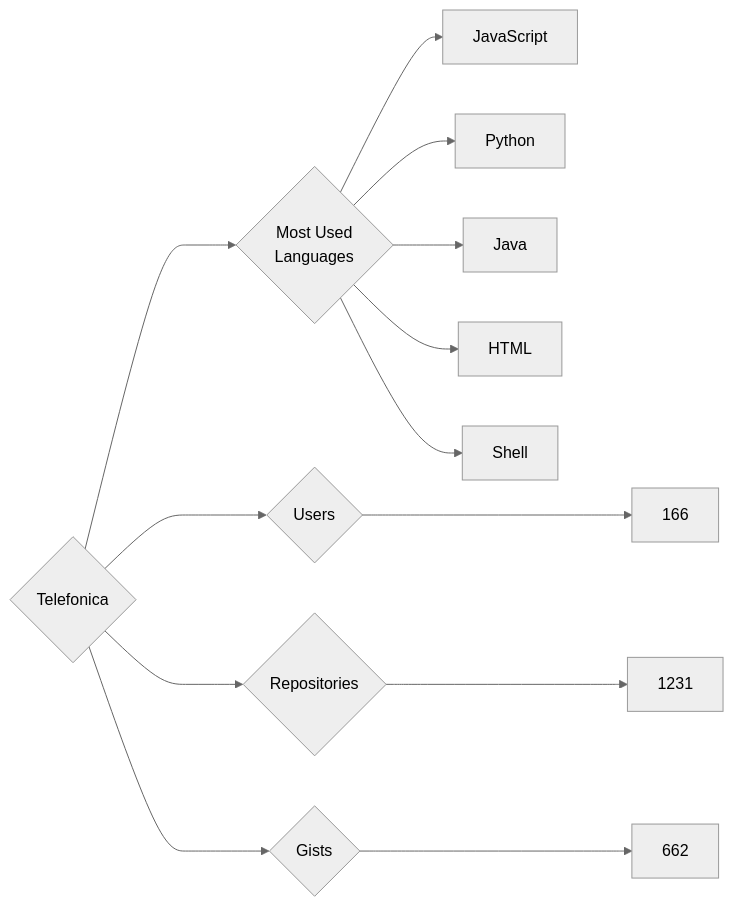
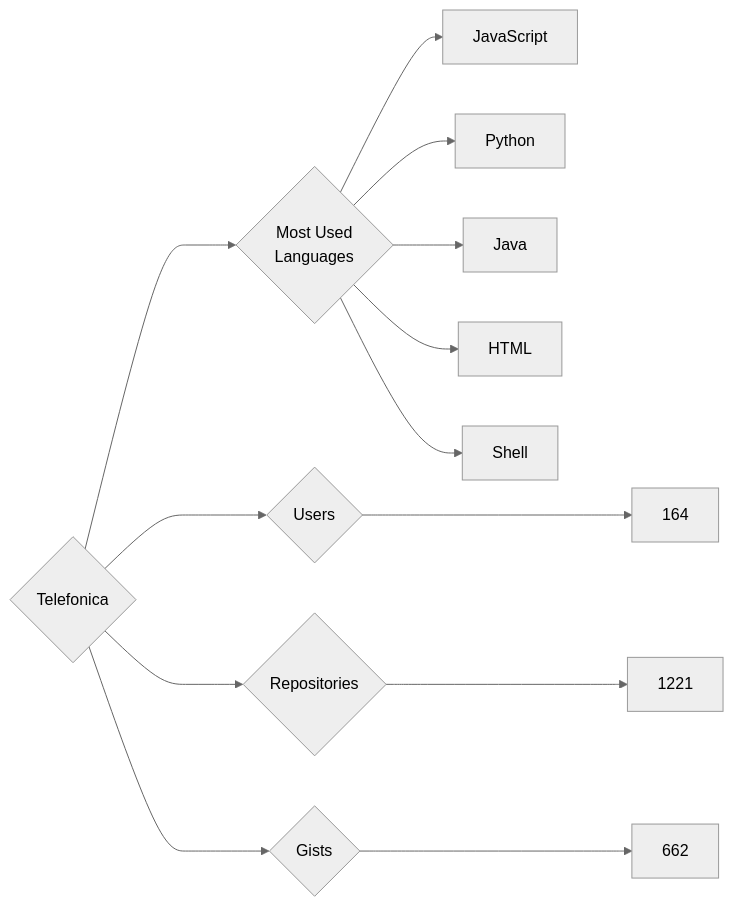
One commit to trickest/insiders changed the diagram in targets/Telefonica/README.md. Above: the diagram before and after it, drawn with Mermaid (neutral theme). The commit also changed 1248 other files, not shown here.

````diff
--- a/targets/Telefonica/README.md
+++ b/targets/Telefonica/README.md
@@ -3,13 +3,13 @@
 ```mermaid
 graph LR
 COMPANY_NAME{Telefonica}
-COMPANY_NAME ---> U{Users} ---> UN[166]
-COMPANY_NAME ---> R{Repositories} ---> RN[1231]
+COMPANY_NAME ---> U{Users} ---> UN[164]
+COMPANY_NAME ---> R{Repositories} ---> RN[1221]
 COMPANY_NAME ---> G{Gists} ---> GN[662]
 COMPANY_NAME ---> ML{Most Used<br>Languages}
 ML --> JavaScript[JavaScript]
 ML --> Python[Python]
 ML --> Java[Java]
 ML --> HTML[HTML]
 ML --> Shell[Shell]
 ```
````
